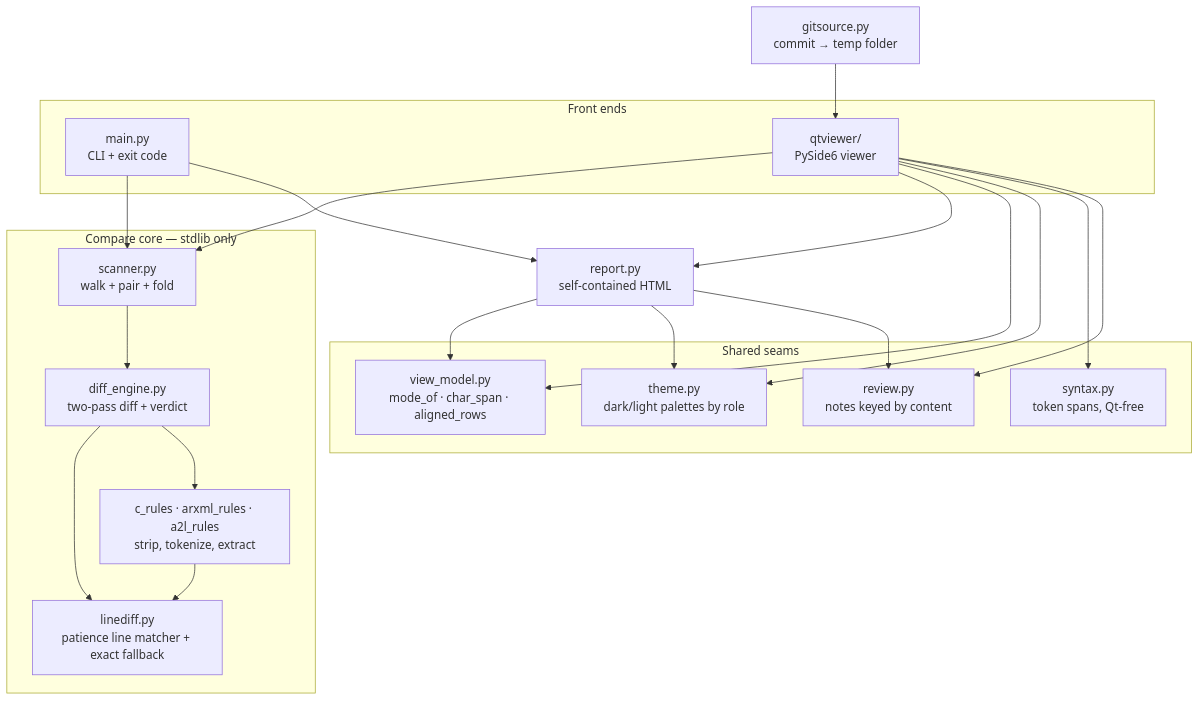
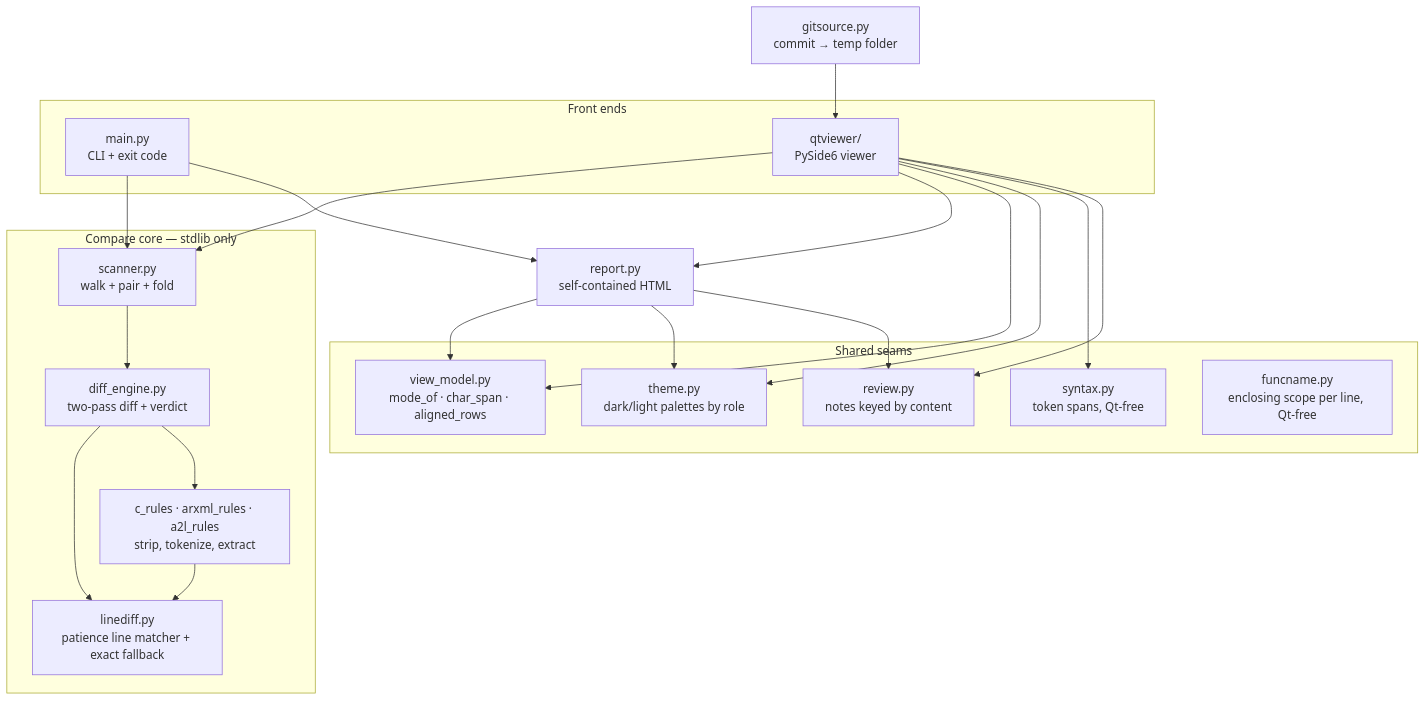
One commit to longvo92/codegen-compare-tool changed the first of 2 diagrams in docs/architecture.md. Above: the diagram before and after it, drawn with Mermaid. The commit also changed other lines of this file and 7 other files, not shown here.

First line of the commit message:
feat(funcname): name the scope each change lives in

````diff
--- a/docs/architecture.md
+++ b/docs/architecture.md
@@ -26,38 +26,39 @@
 ```mermaid
 flowchart TD
     subgraph front[Front ends]
         CLI[main.py<br/>CLI + exit code]
         QT[qtviewer/<br/>PySide6 viewer]
     end
     subgraph core[Compare core — stdlib only]
         SC[scanner.py<br/>walk + pair + fold]
         DE[diff_engine.py<br/>two-pass diff + verdict]
         LD[linediff.py<br/>patience line matcher + exact fallback]
         RULES[c_rules · arxml_rules · a2l_rules<br/>strip, tokenize, extract]
     end
     subgraph shared[Shared seams]
         VM[view_model.py<br/>mode_of · char_span · aligned_rows]
         TH[theme.py<br/>dark/light palettes by role]
         RV[review.py<br/>notes keyed by content]
         SY[syntax.py<br/>token spans, Qt-free]
+        FN[funcname.py<br/>enclosing scope per line, Qt-free]
     end
     RP[report.py<br/>self-contained HTML]
     GS[gitsource.py<br/>commit → temp folder]
 
     CLI --> SC
     QT --> SC
     GS --> QT
     SC --> DE
     DE --> LD
     DE --> RULES
     RULES --> LD
     CLI --> RP
     QT --> RP
     RP --> VM
     QT --> VM
     RP --> TH
     QT --> TH
     QT --> SY
     RP --> RV
     QT --> RV
 ```
````
